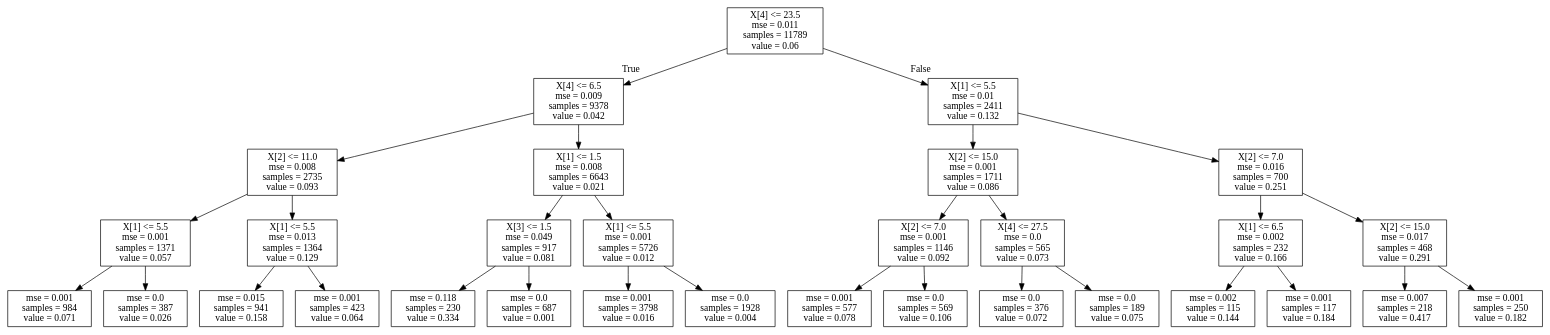
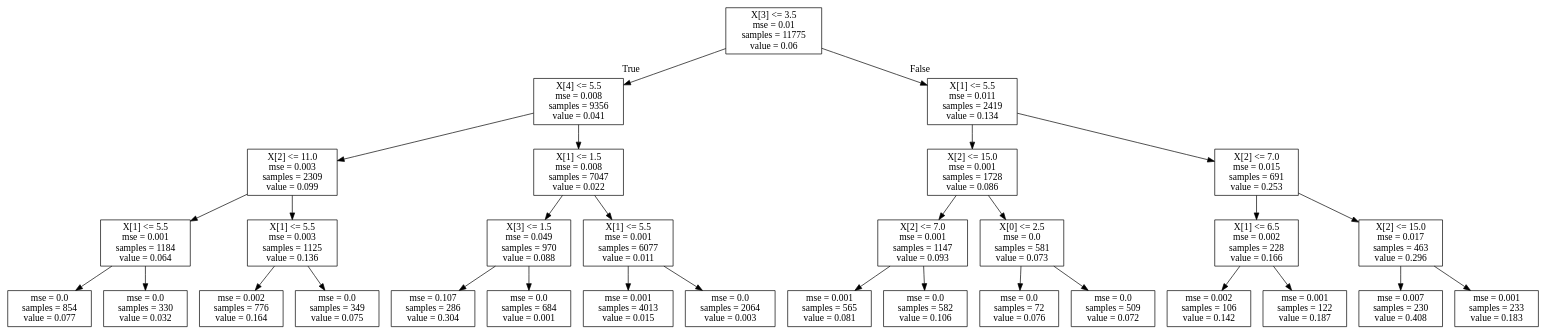
One commit to jdhurwitz/UCLA-EE219 changed the diagram in Project4/tree.dot. Above: the diagram before and after it, drawn with Graphviz. The commit also changed 2 other files, not shown here.

```diff
--- a/Project4/tree.dot
+++ b/Project4/tree.dot
@@ -1,64 +1,64 @@
 digraph Tree {
 node [shape=box] ;
-0 [label="X[4] <= 23.5\nmse = 0.011\nsamples = 11789\nvalue = 0.06"] ;
-1 [label="X[4] <= 6.5\nmse = 0.009\nsamples = 9378\nvalue = 0.042"] ;
+0 [label="X[3] <= 3.5\nmse = 0.01\nsamples = 11775\nvalue = 0.06"] ;
+1 [label="X[4] <= 5.5\nmse = 0.008\nsamples = 9356\nvalue = 0.041"] ;
 0 -> 1 [labeldistance=2.5, labelangle=45, headlabel="True"] ;
-2 [label="X[2] <= 11.0\nmse = 0.008\nsamples = 2735\nvalue = 0.093"] ;
+2 [label="X[2] <= 11.0\nmse = 0.003\nsamples = 2309\nvalue = 0.099"] ;
 1 -> 2 ;
-3 [label="X[1] <= 5.5\nmse = 0.001\nsamples = 1371\nvalue = 0.057"] ;
+3 [label="X[1] <= 5.5\nmse = 0.001\nsamples = 1184\nvalue = 0.064"] ;
 2 -> 3 ;
-4 [label="mse = 0.001\nsamples = 984\nvalue = 0.071"] ;
+4 [label="mse = 0.0\nsamples = 854\nvalue = 0.077"] ;
 3 -> 4 ;
-5 [label="mse = 0.0\nsamples = 387\nvalue = 0.026"] ;
+5 [label="mse = 0.0\nsamples = 330\nvalue = 0.032"] ;
 3 -> 5 ;
-6 [label="X[1] <= 5.5\nmse = 0.013\nsamples = 1364\nvalue = 0.129"] ;
+6 [label="X[1] <= 5.5\nmse = 0.003\nsamples = 1125\nvalue = 0.136"] ;
 2 -> 6 ;
-7 [label="mse = 0.015\nsamples = 941\nvalue = 0.158"] ;
+7 [label="mse = 0.002\nsamples = 776\nvalue = 0.164"] ;
 6 -> 7 ;
-8 [label="mse = 0.001\nsamples = 423\nvalue = 0.064"] ;
+8 [label="mse = 0.0\nsamples = 349\nvalue = 0.075"] ;
 6 -> 8 ;
-9 [label="X[1] <= 1.5\nmse = 0.008\nsamples = 6643\nvalue = 0.021"] ;
+9 [label="X[1] <= 1.5\nmse = 0.008\nsamples = 7047\nvalue = 0.022"] ;
 1 -> 9 ;
-10 [label="X[3] <= 1.5\nmse = 0.049\nsamples = 917\nvalue = 0.081"] ;
+10 [label="X[3] <= 1.5\nmse = 0.049\nsamples = 970\nvalue = 0.088"] ;
 9 -> 10 ;
-11 [label="mse = 0.118\nsamples = 230\nvalue = 0.334"] ;
+11 [label="mse = 0.107\nsamples = 286\nvalue = 0.304"] ;
 10 -> 11 ;
-12 [label="mse = 0.0\nsamples = 687\nvalue = 0.001"] ;
+12 [label="mse = 0.0\nsamples = 684\nvalue = 0.001"] ;
 10 -> 12 ;
-13 [label="X[1] <= 5.5\nmse = 0.001\nsamples = 5726\nvalue = 0.012"] ;
+13 [label="X[1] <= 5.5\nmse = 0.001\nsamples = 6077\nvalue = 0.011"] ;
 9 -> 13 ;
-14 [label="mse = 0.001\nsamples = 3798\nvalue = 0.016"] ;
+14 [label="mse = 0.001\nsamples = 4013\nvalue = 0.015"] ;
 13 -> 14 ;
-15 [label="mse = 0.0\nsamples = 1928\nvalue = 0.004"] ;
+15 [label="mse = 0.0\nsamples = 2064\nvalue = 0.003"] ;
 13 -> 15 ;
-16 [label="X[1] <= 5.5\nmse = 0.01\nsamples = 2411\nvalue = 0.132"] ;
+16 [label="X[1] <= 5.5\nmse = 0.011\nsamples = 2419\nvalue = 0.134"] ;
 0 -> 16 [labeldistance=2.5, labelangle=-45, headlabel="False"] ;
-17 [label="X[2] <= 15.0\nmse = 0.001\nsamples = 1711\nvalue = 0.086"] ;
+17 [label="X[2] <= 15.0\nmse = 0.001\nsamples = 1728\nvalue = 0.086"] ;
 16 -> 17 ;
-18 [label="X[2] <= 7.0\nmse = 0.001\nsamples = 1146\nvalue = 0.092"] ;
+18 [label="X[2] <= 7.0\nmse = 0.001\nsamples = 1147\nvalue = 0.093"] ;
 17 -> 18 ;
-19 [label="mse = 0.001\nsamples = 577\nvalue = 0.078"] ;
+19 [label="mse = 0.001\nsamples = 565\nvalue = 0.081"] ;
 18 -> 19 ;
-20 [label="mse = 0.0\nsamples = 569\nvalue = 0.106"] ;
+20 [label="mse = 0.0\nsamples = 582\nvalue = 0.106"] ;
 18 -> 20 ;
-21 [label="X[4] <= 27.5\nmse = 0.0\nsamples = 565\nvalue = 0.073"] ;
+21 [label="X[0] <= 2.5\nmse = 0.0\nsamples = 581\nvalue = 0.073"] ;
 17 -> 21 ;
-22 [label="mse = 0.0\nsamples = 376\nvalue = 0.072"] ;
+22 [label="mse = 0.0\nsamples = 72\nvalue = 0.076"] ;
 21 -> 22 ;
-23 [label="mse = 0.0\nsamples = 189\nvalue = 0.075"] ;
+23 [label="mse = 0.0\nsamples = 509\nvalue = 0.072"] ;
 21 -> 23 ;
-24 [label="X[2] <= 7.0\nmse = 0.016\nsamples = 700\nvalue = 0.251"] ;
+24 [label="X[2] <= 7.0\nmse = 0.015\nsamples = 691\nvalue = 0.253"] ;
 16 -> 24 ;
-25 [label="X[1] <= 6.5\nmse = 0.002\nsamples = 232\nvalue = 0.166"] ;
+25 [label="X[1] <= 6.5\nmse = 0.002\nsamples = 228\nvalue = 0.166"] ;
 24 -> 25 ;
-26 [label="mse = 0.002\nsamples = 115\nvalue = 0.144"] ;
+26 [label="mse = 0.002\nsamples = 106\nvalue = 0.142"] ;
 25 -> 26 ;
-27 [label="mse = 0.001\nsamples = 117\nvalue = 0.184"] ;
+27 [label="mse = 0.001\nsamples = 122\nvalue = 0.187"] ;
 25 -> 27 ;
-28 [label="X[2] <= 15.0\nmse = 0.017\nsamples = 468\nvalue = 0.291"] ;
+28 [label="X[2] <= 15.0\nmse = 0.017\nsamples = 463\nvalue = 0.296"] ;
 24 -> 28 ;
-29 [label="mse = 0.007\nsamples = 218\nvalue = 0.417"] ;
+29 [label="mse = 0.007\nsamples = 230\nvalue = 0.408"] ;
 28 -> 29 ;
-30 [label="mse = 0.001\nsamples = 250\nvalue = 0.182"] ;
+30 [label="mse = 0.001\nsamples = 233\nvalue = 0.183"] ;
 28 -> 30 ;
 }
```
